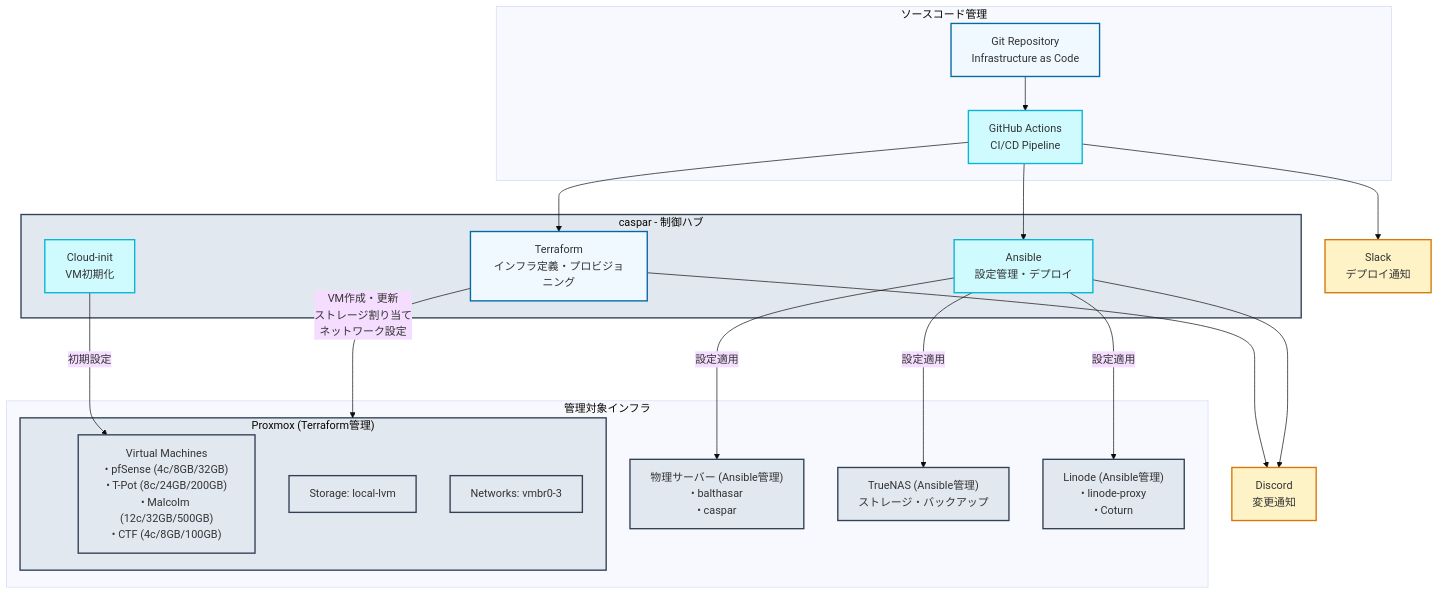
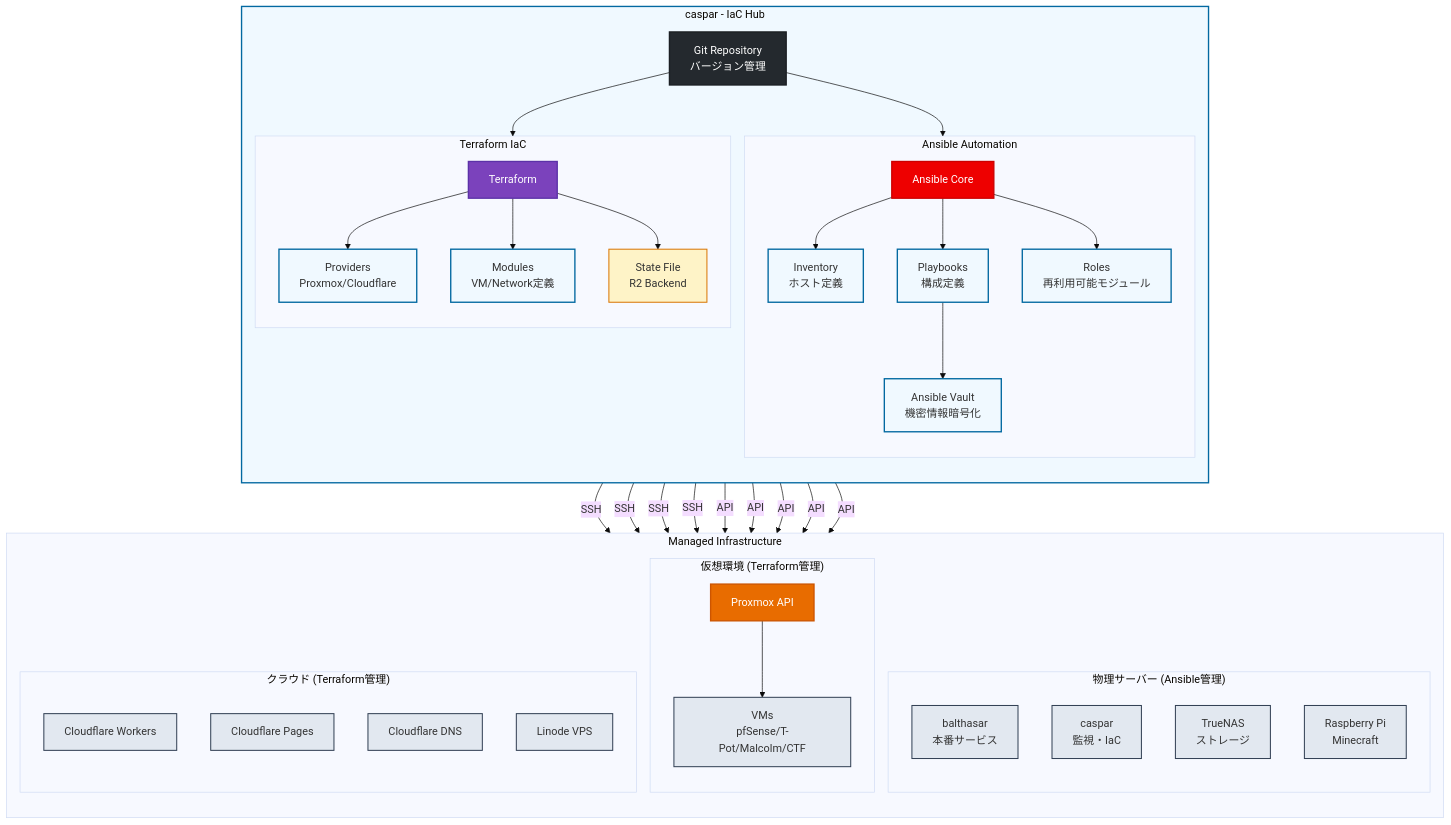
The third of 7 diagrams in README.md (yamisskey-dev/yamisskey-host), drawn with Mermaid (base theme) before and after one commit. The commit also changed other lines of this file, not shown here.

First line of the commit message:
Remove RTC services from infrastructure diagram

````diff
--- a/README.md
+++ b/README.md
@@ -244,56 +231,84 @@
 graph TB
     %% Style definitions
     classDef iac fill:#f0f9ff,stroke:#0369a1,stroke-width:2px
-    classDef automation fill:#cffafe,stroke:#06b6d4,stroke-width:2px
-    classDef homeServer fill:#e2e8f0,stroke:#334155,stroke-width:2px
-    classDef alert fill:#fef3c7,stroke:#d97706,stroke-width:2px
-
-    %% Source Control
-    subgraph source["ソースコード管理"]
-        git["Git Repository<br/>Infrastructure as Code"]:::iac
-        actions["GitHub Actions<br/>CI/CD Pipeline"]:::automation
+    classDef ansible fill:#ee0000,stroke:#cc0000,stroke-width:2px,color:#ffffff
+    classDef terraform fill:#7b42bc,stroke:#5c32a8,stroke-width:2px,color:#ffffff
+    classDef target fill:#e2e8f0,stroke:#334155,stroke-width:1.5px
+    classDef proxmox fill:#e86c00,stroke:#cc5500,stroke-width:2px,color:#ffffff
+    classDef git fill:#24292e,stroke:#1b1f23,stroke-width:2px,color:#ffffff
+    classDef state fill:#fef3c7,stroke:#d97706,stroke-width:1.5px
+    
+    subgraph iac_hub["caspar - IaC Hub"]
+        direction TB
+        
+        subgraph ansible_system["Ansible Automation"]
+            ansible_core["Ansible Core"]:::ansible
+            inventory["Inventory<br/>ホスト定義"]:::iac
+            playbooks["Playbooks<br/>構成定義"]:::iac
+            roles["Roles<br/>再利用可能モジュール"]:::iac
+            vault["Ansible Vault<br/>機密情報暗号化"]:::iac
+        end
+        
+        subgraph terraform_system["Terraform IaC"]
+            terraform_core["Terraform"]:::terraform
+            tf_state["State File<br/>R2 Backend"]:::state
+            tf_providers["Providers<br/>Proxmox/Cloudflare"]:::iac
+            tf_modules["Modules<br/>VM/Network定義"]:::iac
+        end
+        
+        git_repo["Git Repository<br/>バージョン管理"]:::git
     end
-
-    %% Control Plane
-    subgraph caspar["caspar - 制御ハブ"]
-        terraform["Terraform<br/>インフラ定義・プロビジョニング"]:::iac
-        ansible["Ansible<br/>設定管理・デプロイ"]:::automation
-        cloud_init["Cloud-init<br/>VM初期化"]:::automation
+    
+    subgraph managed_infra["Managed Infrastructure"]
+        direction TB
+        
+        subgraph physical["物理サーバー (Ansible管理)"]
+            balthasar_target["balthasar<br/>本番サービス"]:::target
+            caspar_target["caspar<br/>監視・IaC"]:::target
+            truenas_target["TrueNAS<br/>ストレージ"]:::target
+            rpi_target["Raspberry Pi<br/>Minecraft"]:::target
+        end
+        
+        subgraph virtual["仮想環境 (Terraform管理)"]
+            proxmox_api["Proxmox API"]:::proxmox
+            proxmox_vms["VMs<br/>pfSense/T-Pot/Malcolm/CTF"]:::target
+        end
+        
+        subgraph cloud["クラウド (Terraform管理)"]
+            cf_workers["Cloudflare Workers"]:::target
+            cf_pages["Cloudflare Pages"]:::target
+            cf_dns["Cloudflare DNS"]:::target
+            linode_vps["Linode VPS"]:::target
+        end
     end
-
-    %% Managed Infrastructure
-    subgraph infra["管理対象インフラ"]
-        subgraph proxmox_infra["Proxmox (Terraform管理)"]
-            proxmox_vms["Virtual Machines<br/>• pfSense (4c/8GB/32GB)<br/>• T-Pot (8c/24GB/200GB)<br/>• Malcolm (12c/32GB/500GB)<br/>• CTF (4c/8GB/100GB)"]:::homeServer
-            proxmox_storage["Storage: local-lvm"]:::homeServer
-            proxmox_network["Networks: vmbr0-3"]:::homeServer
-        end
-        physical["物理サーバー (Ansible管理)<br/>• balthasar<br/>• caspar"]:::homeServer
-        truenas["TrueNAS (Ansible管理)<br/>ストレージ・バックアップ"]:::homeServer
-        linode["Linode (Ansible管理)<br/>• linode-proxy<br/>• Coturn"]:::homeServer
-    end
-
-    %% Notifications
-    slack["Slack<br/>デプロイ通知"]:::alert
-    discord["Discord<br/>変更通知"]:::alert
-
-    %% Workflow
-    git --> actions
-    actions --> terraform
-    actions --> ansible
     
-    terraform -->|VM作成・更新<br/>ストレージ割り当て<br/>ネットワーク設定| proxmox_infra
-    ansible -->|設定適用| physical
-    ansible -->|設定適用| truenas
-    ansible -->|設定適用| linode
-    cloud_init -->|初期設定| proxmox_vms
-
-    %% Notifications
-    actions --> slack
-    terraform --> discord
-    ansible --> discord
-
+    %% Ansible connections
+    ansible_core --> inventory
+    ansible_core --> playbooks
+    ansible_core --> roles
+    playbooks --> vault
+    
+    ansible_core -->|"SSH"| balthasar_target
+    ansible_core -->|"SSH"| caspar_target
+    ansible_core -->|"SSH"| truenas_target
+    ansible_core -->|"SSH"| rpi_target
+    
+    %% Terraform connections
+    terraform_core --> tf_providers
+    terraform_core --> tf_modules
+    terraform_core --> tf_state
+    
+    terraform_core -->|"API"| proxmox_api
+    proxmox_api --> proxmox_vms
+    terraform_core -->|"API"| cf_workers
+    terraform_core -->|"API"| cf_pages
+    terraform_core -->|"API"| cf_dns
+    terraform_core -->|"API"| linode_vps
+    
+    %% Git connections
+    git_repo --> ansible_system
+    git_repo --> terraform_system
+    
     %% Apply styles
-    class caspar homeServer
-    class proxmox_infra homeServer
+    class iac_hub iac
 ```
````
